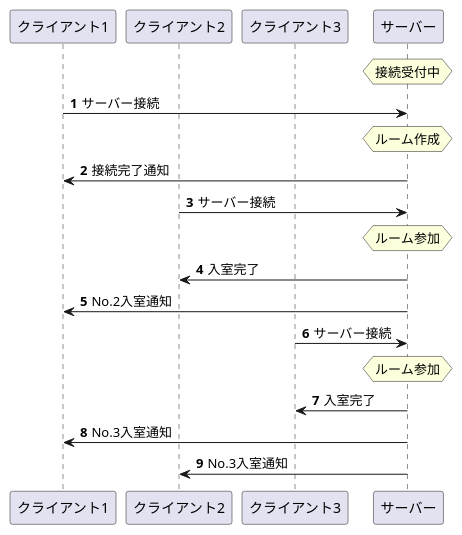
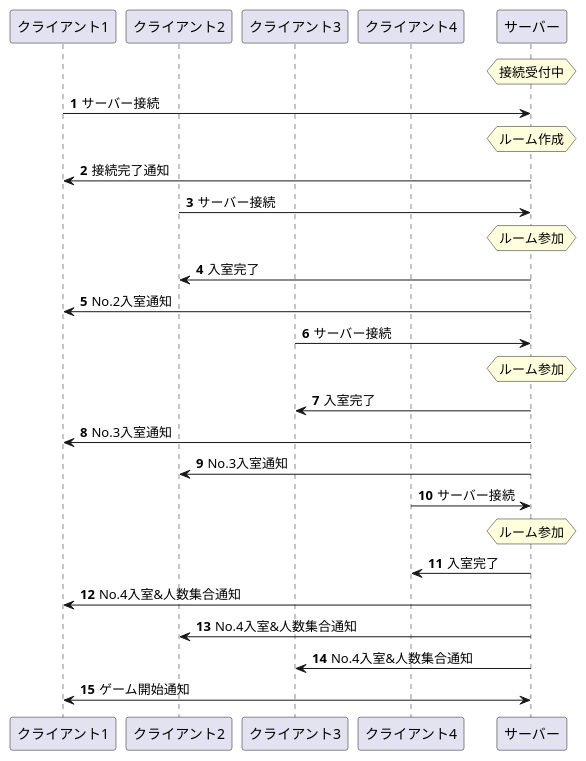
Before and after one commit to Neko-r1oN/real-timeGame: the diagram in Document/JoinRoom.puml, drawn with PlantUML. The commit also changed 6 other files, not shown here.

Commit message:
シーケンス図整理

```diff
--- a/Document/JoinRoom.puml
+++ b/Document/JoinRoom.puml
@@ -1,28 +1,38 @@
 @startuml
 
 'botシーケンス図'
 
 participant クライアント1
 participant クライアント2
 participant クライアント3
+participant クライアント4
 participant サーバー
 
 autonumber
 hnote over サーバー : 接続受付中
 
 クライアント1 -> サーバー:サーバー接続
 hnote over サーバー : ルーム作成
 クライアント1 <- サーバー:接続完了通知
 
 クライアント2 -> サーバー:サーバー接続
 hnote over サーバー : ルーム参加
 クライアント2 <- サーバー:入室完了
 クライアント1 <- サーバー:No.2入室通知
 
 クライアント3 -> サーバー:サーバー接続
 hnote over サーバー : ルーム参加
 クライアント3 <- サーバー:入室完了
 クライアント1 <- サーバー:No.3入室通知
 クライアント2 <- サーバー:No.3入室通知
 
+クライアント4 -> サーバー:サーバー接続
+hnote over サーバー : ルーム参加
+クライアント4 <- サーバー:入室完了
+クライアント1 <- サーバー:No.4入室&人数集合通知
+クライアント2 <- サーバー:No.4入室&人数集合通知
+クライアント3 <- サーバー:No.4入室&人数集合通知
+
+クライアント1 <-> サーバー:ゲーム開始通知
+
 @enduml
```
